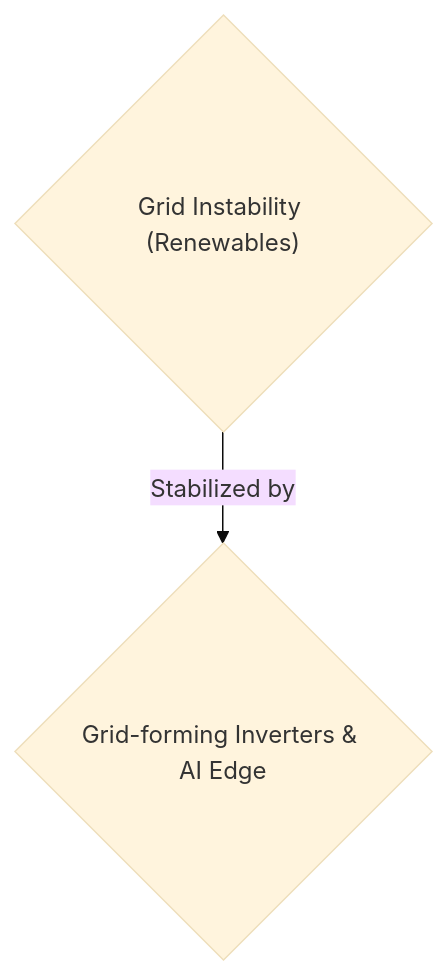
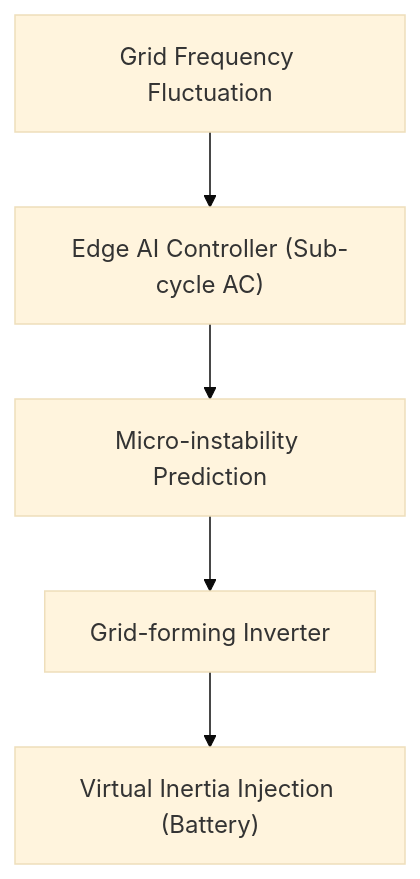
Before and after one commit to flouzzy/top-100-ai-startup-ideas: the first of 2 diagrams in archive/grid-inertia-synthesizer/README.md, drawn with Mermaid (base theme). The commit also changed other lines of this file and 56 other files, not shown here.

````diff
--- a/archive/grid-inertia-synthesizer/README.md
+++ b/archive/grid-inertia-synthesizer/README.md
@@ -17,4 +17,7 @@
 ```mermaid
 graph TD
-    A{"Grid Instability (Renewables)"} -->|"Stabilized by"| B{"Grid-forming Inverters & AI Edge"}
+    A["Grid Frequency Fluctuation"] --> B["Edge AI Controller (Sub-cycle AC)"]
+    B --> C["Micro-instability Prediction"]
+    C --> D["Grid-forming Inverter"]
+    D --> E["Virtual Inertia Injection (Battery)"]
 ```
````
